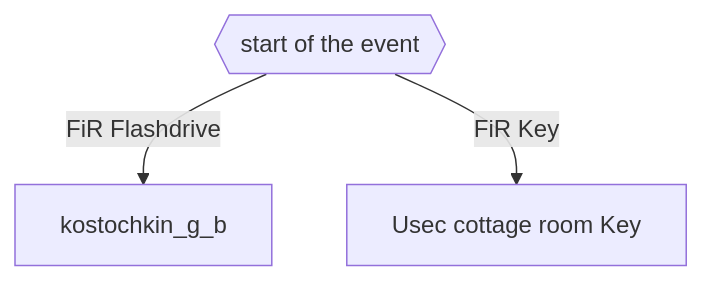
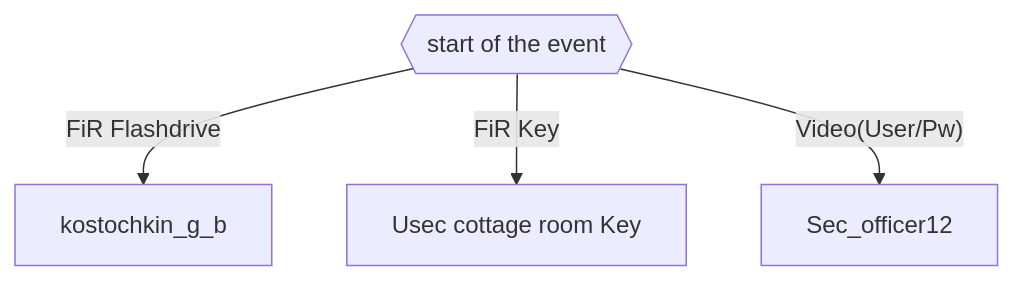
The diagram in README.md (3ncy/ARRS-s6), drawn with Mermaid before and after one commit.

````diff
--- a/README.md
+++ b/README.md
@@ -8,5 +8,6 @@
 ```mermaid
 graph TD;
     start{{start of the event}} --FiR Flashdrive--> kostochkin_g_b;  
     start{{start of the event}} --FiR Key--> Key1[Usec cottage room Key]
+    start{{start of the event}} --Video(User/Pw)--> Sec_officer12
 ```
````
